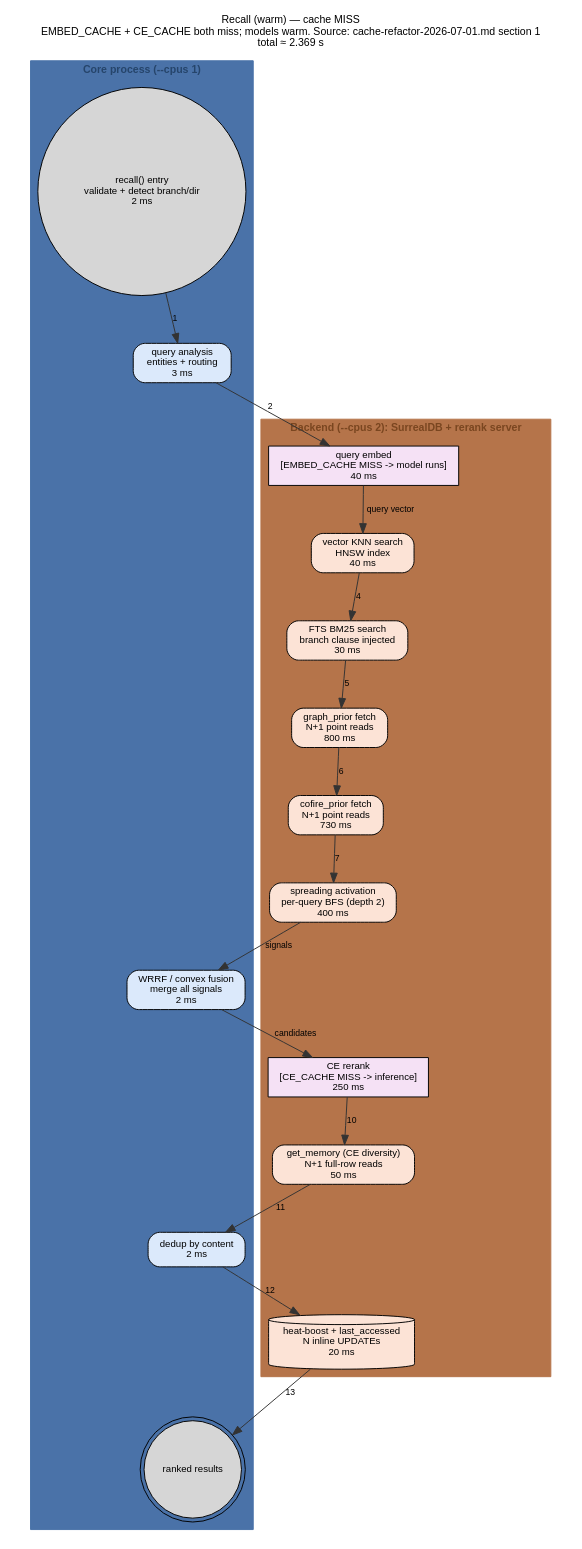
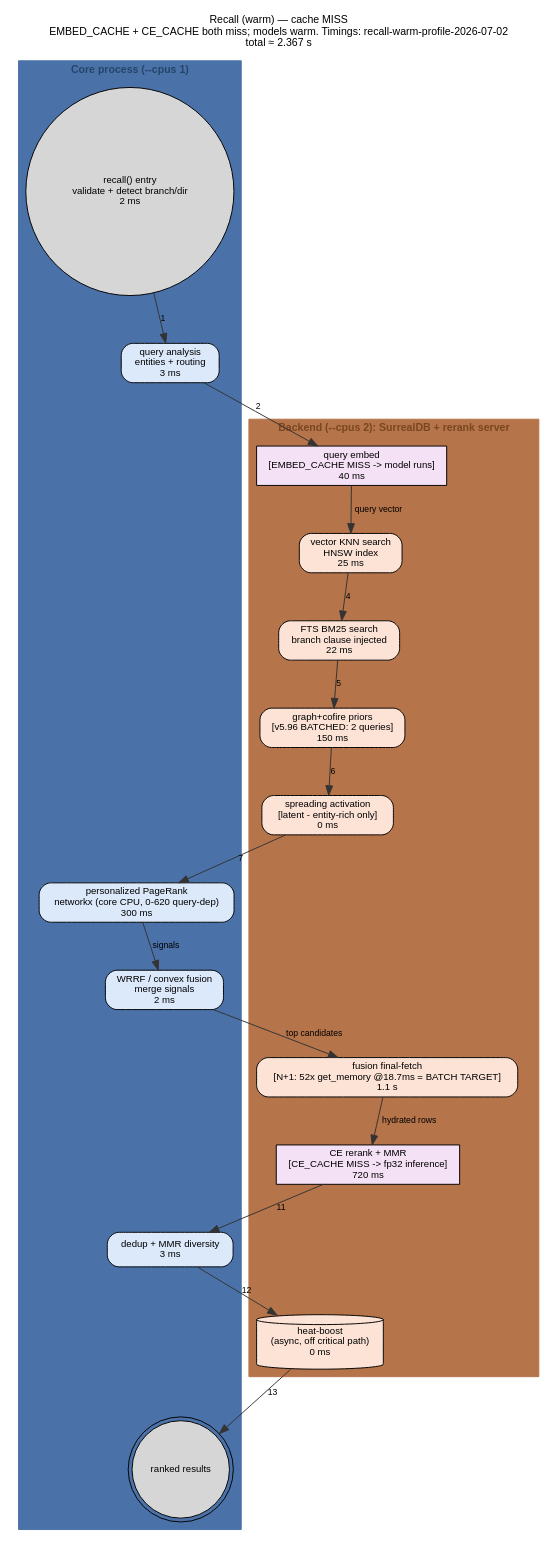
The diagram in docs/diagrams/out/recall-warm-cache-miss.dot (m-agahi/yadgar), drawn with Graphviz before and after one commit. The commit also changed 7 other files, not shown here.

First line of the commit message:
docs(diagrams): refresh recall specs with real profile numbers + re-render

```diff
--- a/docs/diagrams/out/recall-warm-cache-miss.dot
+++ b/docs/diagrams/out/recall-warm-cache-miss.dot
@@ -1,56 +1,56 @@
 digraph flow {
   rankdir="TB";
   newrank=true;
   compound=true;
   nodesep=0.35;
   ranksep=0.55;
   graph [fontname="Helvetica", fontsize=11, labelloc="t"];
   node  [fontname="Helvetica", fontsize=10];
   edge  [fontname="Helvetica", fontsize=9];
   label="Recall (warm) — cache MISS
-EMBED_CACHE + CE_CACHE both miss; models warm. Source: cache-refactor-2026-07-01.md section 1
-total ≈ 2.369 s";
+EMBED_CACHE + CE_CACHE both miss; models warm. Timings: recall-warm-profile-2026-07-02
+total ≈ 2.367 s";
   subgraph "cluster_core" {
     label="Core process (--cpus 1)";
     style=filled;
     bgcolor="#eef4fb";
     color="#4a72a8";
     fontcolor="#26456b";
     fontname="Helvetica-Bold";
     "entry" [shape="circle", style="filled", fillcolor="#d6d6d6", label="recall() entry\nvalidate + detect branch/dir\n2 ms"];
     "qanalysis" [shape="box", style="rounded,filled", fillcolor="#dbe9fb", label="query analysis\nentities + routing\n3 ms"];
-    "fusion" [shape="box", style="rounded,filled", fillcolor="#dbe9fb", label="WRRF / convex fusion\nmerge all signals\n2 ms"];
-    "dedup" [shape="box", style="rounded,filled", fillcolor="#dbe9fb", label="dedup by content\n2 ms"];
+    "ppr" [shape="box", style="rounded,filled", fillcolor="#dbe9fb", label="personalized PageRank\nnetworkx (core CPU, 0-620 query-dep)\n300 ms"];
+    "fusion" [shape="box", style="rounded,filled", fillcolor="#dbe9fb", label="WRRF / convex fusion\nmerge signals\n2 ms"];
+    "dedup" [shape="box", style="rounded,filled", fillcolor="#dbe9fb", label="dedup + MMR diversity\n3 ms"];
     "results" [shape="doublecircle", style="filled", fillcolor="#d6d6d6", label="ranked results"];
   }
   subgraph "cluster_backend" {
     label="Backend (--cpus 2): SurrealDB + rerank server";
     style=filled;
     bgcolor="#fbf0ea";
     color="#b5744a";
     fontcolor="#7a4620";
     fontname="Helvetica-Bold";
     "embed" [shape="box", style="filled", fillcolor="#f5e1f5", label="query embed\n[EMBED_CACHE MISS -> model runs]\n40 ms"];
-    "knn" [shape="box", style="rounded,filled", fillcolor="#fce3d6", label="vector KNN search\nHNSW index\n40 ms"];
-    "fts" [shape="box", style="rounded,filled", fillcolor="#fce3d6", label="FTS BM25 search\nbranch clause injected\n30 ms"];
-    "gprior" [shape="box", style="rounded,filled", fillcolor="#fce3d6", label="graph_prior fetch\nN+1 point reads\n800 ms"];
-    "cprior" [shape="box", style="rounded,filled", fillcolor="#fce3d6", label="cofire_prior fetch\nN+1 point reads\n730 ms"];
-    "spread" [shape="box", style="rounded,filled", fillcolor="#fce3d6", label="spreading activation\nper-query BFS (depth 2)\n400 ms"];
-    "cererank" [shape="box", style="filled", fillcolor="#f5e1f5", label="CE rerank\n[CE_CACHE MISS -> inference]\n250 ms"];
-    "diversity" [shape="box", style="rounded,filled", fillcolor="#fce3d6", label="get_memory (CE diversity)\nN+1 full-row reads\n50 ms"];
-    "heat" [shape="cylinder", style="filled", fillcolor="#fce3d6", label="heat-boost + last_accessed\nN inline UPDATEs\n20 ms"];
+    "knn" [shape="box", style="rounded,filled", fillcolor="#fce3d6", label="vector KNN search\nHNSW index\n25 ms"];
+    "fts" [shape="box", style="rounded,filled", fillcolor="#fce3d6", label="FTS BM25 search\nbranch clause injected\n22 ms"];
+    "priors" [shape="box", style="rounded,filled", fillcolor="#fce3d6", label="graph+cofire priors\n[v5.96 BATCHED: 2 queries]\n150 ms"];
+    "spread" [shape="box", style="rounded,filled", fillcolor="#fce3d6", label="spreading activation\n[latent - entity-rich only]\n0 ms"];
+    "fetch" [shape="box", style="rounded,filled", fillcolor="#fce3d6", label="fusion final-fetch\n[N+1: 52x get_memory @18.7ms = BATCH TARGET]\n1.1 s"];
+    "cererank" [shape="box", style="filled", fillcolor="#f5e1f5", label="CE rerank + MMR\n[CE_CACHE MISS -> fp32 inference]\n720 ms"];
+    "heat" [shape="cylinder", style="filled", fillcolor="#fce3d6", label="heat-boost\n(async, off critical path)\n0 ms"];
   }
   "entry" -> "qanalysis" [color="#333333", style="solid", label="1"];
   "qanalysis" -> "embed" [color="#333333", style="solid", label="2"];
   "embed" -> "knn" [color="#333333", style="solid", label="query vector"];
   "knn" -> "fts" [color="#333333", style="solid", label="4"];
-  "fts" -> "gprior" [color="#333333", style="solid", label="5"];
-  "gprior" -> "cprior" [color="#333333", style="solid", label="6"];
-  "cprior" -> "spread" [color="#333333", style="solid", label="7"];
-  "spread" -> "fusion" [color="#333333", style="solid", label="signals"];
-  "fusion" -> "cererank" [color="#333333", style="solid", label="candidates"];
-  "cererank" -> "diversity" [color="#333333", style="solid", label="10"];
-  "diversity" -> "dedup" [color="#333333", style="solid", label="11"];
+  "fts" -> "priors" [color="#333333", style="solid", label="5"];
+  "priors" -> "spread" [color="#333333", style="solid", label="6"];
+  "spread" -> "ppr" [color="#333333", style="solid", label="7"];
+  "ppr" -> "fusion" [color="#333333", style="solid", label="signals"];
+  "fusion" -> "fetch" [color="#333333", style="solid", label="top candidates"];
+  "fetch" -> "cererank" [color="#333333", style="solid", label="hydrated rows"];
+  "cererank" -> "dedup" [color="#333333", style="solid", label="11"];
   "dedup" -> "heat" [color="#333333", style="solid", label="12"];
   "heat" -> "results" [color="#333333", style="solid", label="13"];
 }
```
